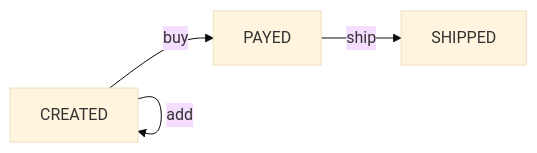
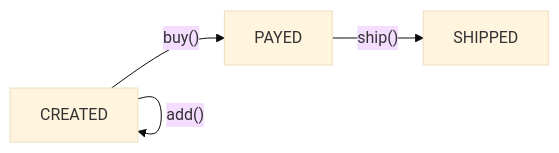
The second of 4 diagrams in src/main/java/state/README.md (forax/design-pattern-reloaded), drawn with Mermaid (base theme) before and after one commit. The commit also changed other lines of this file, not shown here.

Commit message:
use mermaid chart for the automata

````diff
--- a/src/main/java/state/README.md
+++ b/src/main/java/state/README.md
@@ -52,6 +42,6 @@
 ```mermaid
 flowchart LR
-  CREATED -- buy --> PAYED
-  PAYED -- ship --> SHIPPED
-  CREATED -- add --> CREATED
+  CREATED -- buy() --> PAYED
+  PAYED -- ship() --> SHIPPED
+  CREATED -- add() --> CREATED
 ```
````
